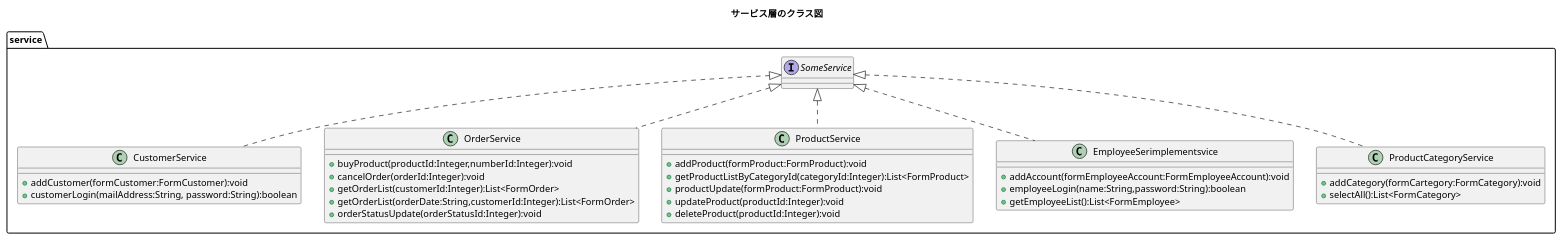
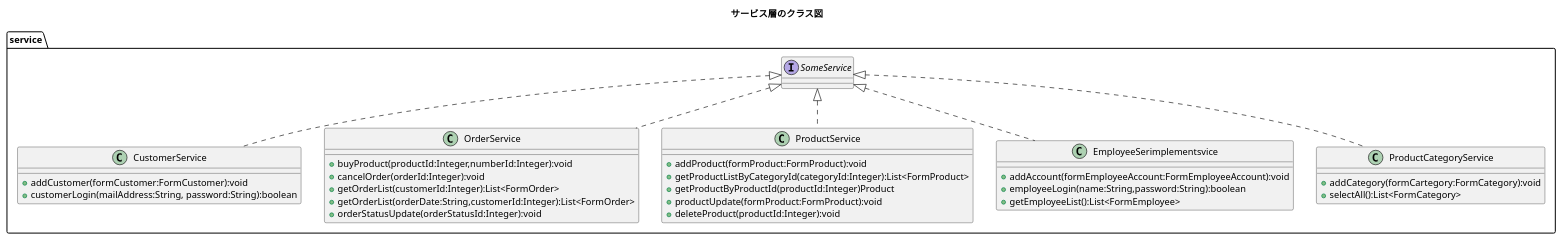
One commit to kanavii3333/ec-b changed the diagram in plan/uml/class/service.plantuml. Above: the diagram before and after it, drawn with PlantUML. The commit also changed 1 other file, not shown here.

```diff
--- a/plan/uml/class/service.plantuml
+++ b/plan/uml/class/service.plantuml
@@ -1,40 +1,40 @@
 @startuml
 title サービス層のクラス図
 package service{
 	class CustomerService implements SomeService{
 		+ addCustomer(formCustomer:FormCustomer):void
 		+ customerLogin(mailAddress:String, password:String):boolean
 	}
 	
 	class OrderService implements SomeService{
 		+ buyProduct(productId:Integer,numberId:Integer):void
 		+ cancelOrder(orderId:Integer):void
 		+ getOrderList(customerId:Integer):List<FormOrder>
 		+ getOrderList(orderDate:String,customerId:Integer):List<FormOrder>
 		+ orderStatusUpdate(orderStatusId:Integer):void
 	}
 	
 	class ProductService implements SomeService{
 		+ addProduct(formProduct:FormProduct):void
 		+ getProductListByCategoryId(categoryId:Integer):List<FormProduct>
+		+ getProductByProductId(productId:Integer)Product
 		+ productUpdate(formProduct:FormProduct):void
-		+ updateProduct(productId:Integer):void
 		+ deleteProduct(productId:Integer):void
 	}
 
 
 	class EmployeeSerimplementsvice implements SomeService{
 		+ addAccount(formEmployeeAccount:FormEmployeeAccount):void
 		+ employeeLogin(name:String,password:String):boolean
 		+ getEmployeeList():List<FormEmployee>
 	}
 	
 	class ProductCategoryService implements SomeService{
 		+ addCategory(formCartegory:FormCategory):void
 		+ selectAll():List<FormCategory>
 	}	
 }
 
 
 
 @enduml
```
